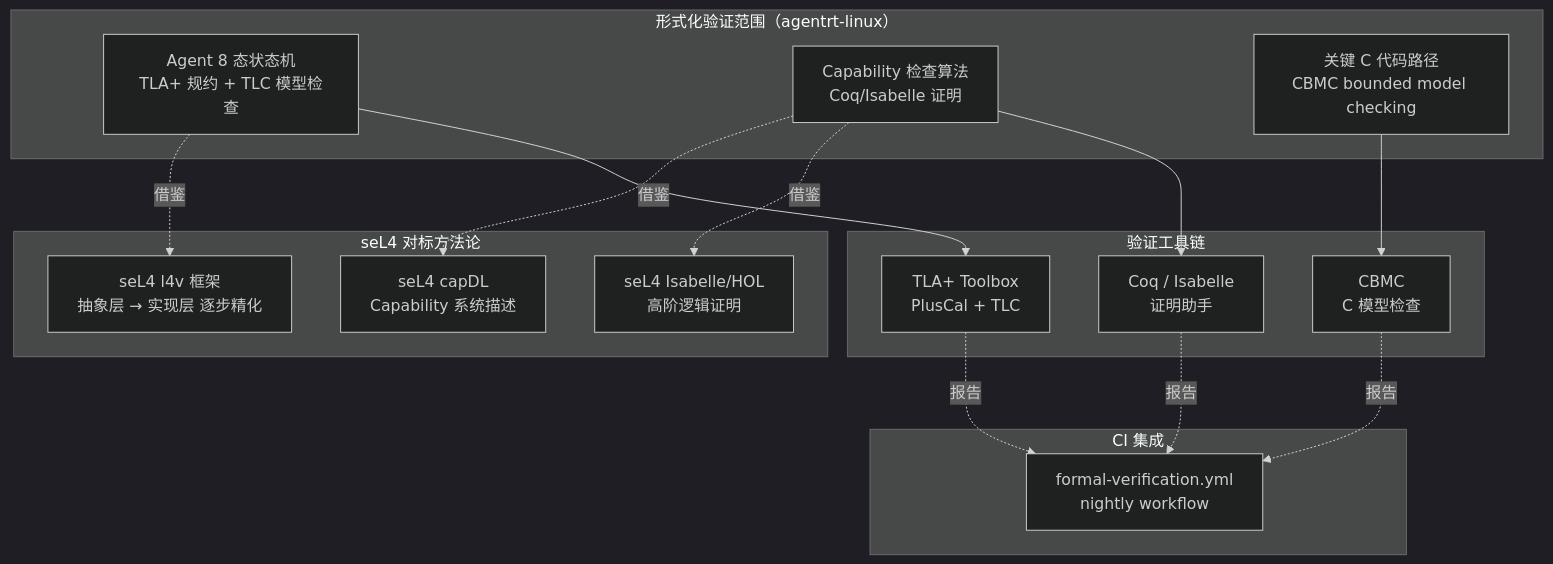
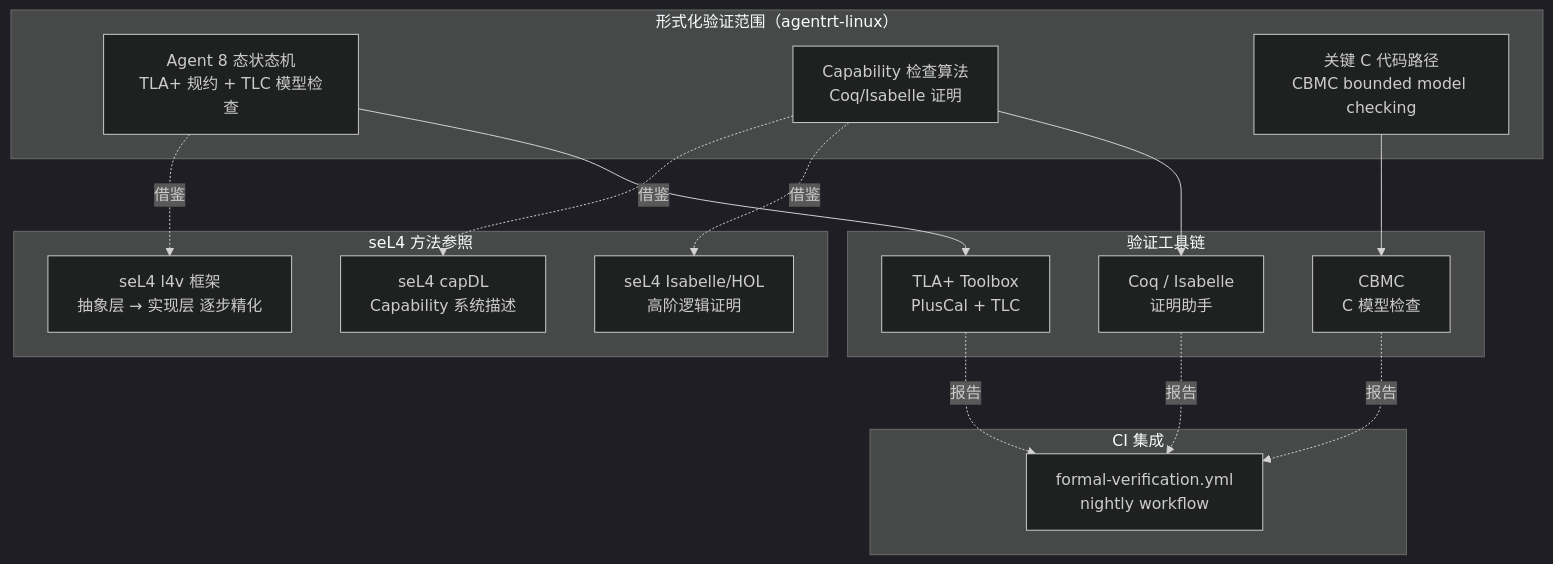
The diagram in 80-testing/10-formal-verification.md (openairymax/docs-linux), drawn with Mermaid (dark theme) before and after one commit. The commit also changed other lines of this file and 4 other files, not shown here.

````diff
--- a/80-testing/10-formal-verification.md
+++ b/80-testing/10-formal-verification.md
@@ -53,36 +53,36 @@
 ```mermaid
 flowchart TB
     subgraph "形式化验证范围（agentrt-linux）"
         A1["Agent 8 态状态机<br/>TLA+ 规约 + TLC 模型检查"]
         A2["Capability 检查算法<br/>Coq/Isabelle 证明"]
         A3["关键 C 代码路径<br/>CBMC bounded model checking"]
     end
     
-    subgraph "seL4 对标方法论"
+    subgraph "seL4 方法参照"
         B1["seL4 l4v 框架<br/>抽象层 → 实现层 逐步精化"]
         B2["seL4 capDL<br/>Capability 系统描述"]
         B3["seL4 Isabelle/HOL<br/>高阶逻辑证明"]
     end
     
     A1 -.->|借鉴| B1
     A2 -.->|借鉴| B2
     A2 -.->|借鉴| B3
     
     subgraph "验证工具链"
         C1["TLA+ Toolbox<br/>PlusCal + TLC"]
         C2["Coq / Isabelle<br/>证明助手"]
         C3["CBMC<br/>C 模型检查"]
     end
     
     A1 --> C1
     A2 --> C2
     A3 --> C3
     
     subgraph "CI 集成"
         D["formal-verification.yml<br/>nightly workflow"]
     end
     
     C1 -.->|报告| D
     C2 -.->|报告| D
     C3 -.->|报告| D
 ```
````
